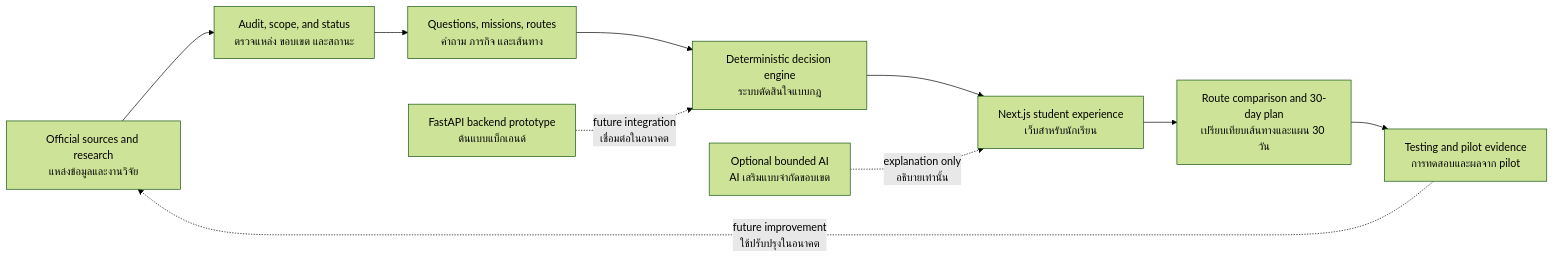
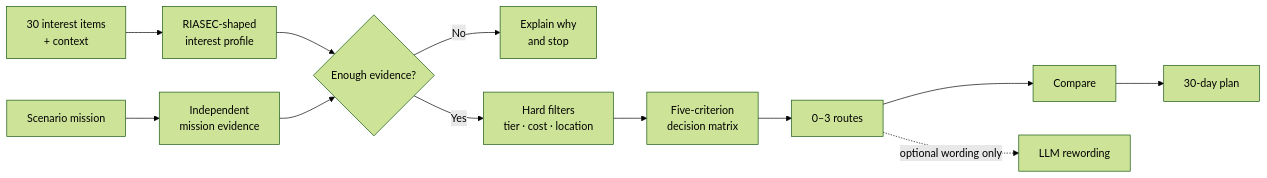
Before and after one commit to Pongkarm/Future_Me: the diagram in README.md, drawn with Mermaid (forest theme). The commit also changed other lines of this file, not shown here.

````diff
--- a/README.md
+++ b/README.md
@@ -60,13 +152,14 @@
 ```mermaid
 flowchart LR
-    A["Official sources and research<br/>แหล่งข้อมูลและงานวิจัย"] --> B["Audit, scope, and status<br/>ตรวจแหล่ง ขอบเขต และสถานะ"]
-    B --> C["Questions, missions, routes<br/>คำถาม ภารกิจ และเส้นทาง"]
-    C --> D["Deterministic decision engine<br/>ระบบตัดสินใจแบบกฎ"]
-    D --> E["Next.js student experience<br/>เว็บสำหรับนักเรียน"]
-    E --> F["Route comparison and 30-day plan<br/>เปรียบเทียบเส้นทางและแผน 30 วัน"]
-    F --> G["Testing and pilot evidence<br/>การทดสอบและผลจาก pilot"]
-    G -. "future improvement<br/>ใช้ปรับปรุงในอนาคต" .-> A
-
-    H["FastAPI backend prototype<br/>ต้นแบบแบ็กเอนด์"] -. "future integration<br/>เชื่อมต่อในอนาคต" .-> D
-    I["Optional bounded AI<br/>AI เสริมแบบจำกัดขอบเขต"] -. "explanation only<br/>อธิบายเท่านั้น" .-> E
+    A["30 interest items<br/>+ context"] --> B["RIASEC-shaped<br/>interest profile"]
+    C["Scenario mission"] --> D["Independent<br/>mission evidence"]
+    B --> E{"Enough evidence?"}
+    D --> E
+    E -->|"No"| F["Explain why<br/>and stop"]
+    E -->|"Yes"| G["Hard filters<br/>tier · cost · location"]
+    G --> H["Five-criterion<br/>decision matrix"]
+    H --> I["0–3 routes"]
+    I --> J["Compare"]
+    J --> K["30-day plan"]
+    I -.->|"optional wording only"| L["LLM rewording"]
 ```
````
